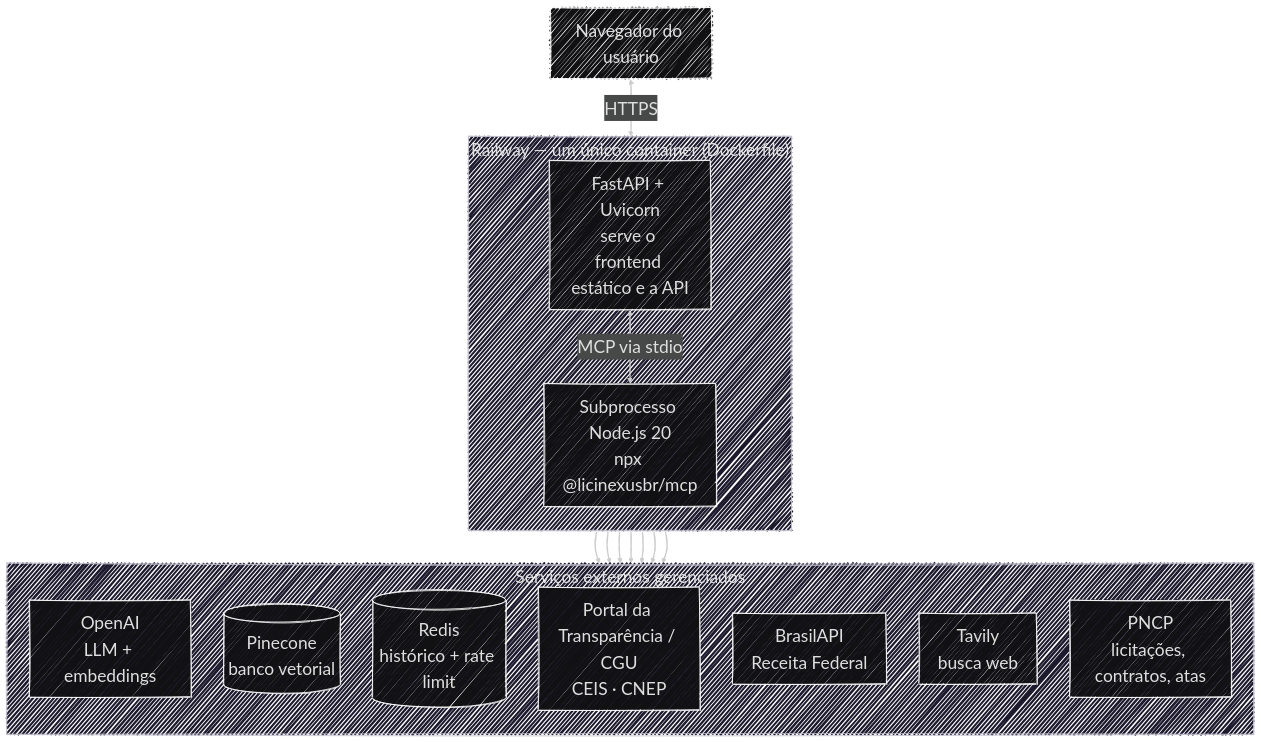
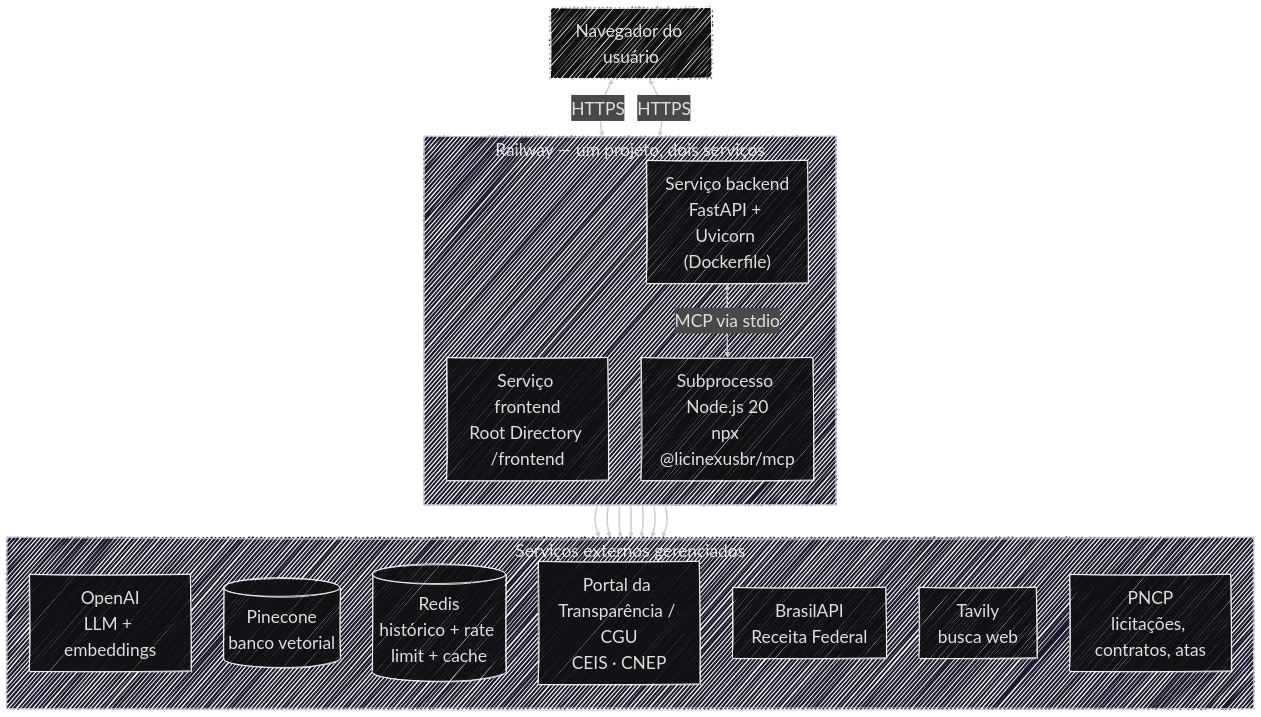
The diagram in docs/operacional/index.md (Moreira-89/auditor-cidadao), drawn with Mermaid before and after one commit. The commit also changed other lines of this file and 19 other files, not shown here.

````diff
--- a/docs/operacional/index.md
+++ b/docs/operacional/index.md
@@ -12,32 +12,34 @@
 ```mermaid
 ---
 config:
   layout: dagre
   theme: redux-dark
   look: handDrawn
   fontFamily: '''Source Code Pro Variable'', monospace'
   themeVariables:
     fontFamily: '''Source Code Pro Variable'', monospace'
     fontSize: '28px'
 ---
 flowchart TB
- subgraph railway["Railway — um único container (Dockerfile)"]
+ subgraph railway["Railway — um projeto, dois serviços"]
     direction TB
-        fastapi["FastAPI + Uvicorn<br>serve o frontend estático e a API"]
+        front["Serviço frontend<br>Root Directory /frontend"]
+        fastapi["Serviço backend<br>FastAPI + Uvicorn (Dockerfile)"]
         mcp["Subprocesso Node.js 20<br>npx @licinexusbr/mcp"]
   end
  subgraph external["Serviços externos gerenciados"]
     direction TB
         openai["OpenAI<br>LLM + embeddings"]
         pinecone[("Pinecone<br>banco vetorial")]
-        redis[("Redis<br>histórico + rate limit")]
+        redis[("Redis<br>histórico + rate limit + cache")]
         cgu["Portal da Transparência / CGU<br>CEIS · CNEP"]
         receita["BrasilAPI<br>Receita Federal"]
         tavily["Tavily<br>busca web"]
         pncp["PNCP<br>licitações, contratos, atas"]
   end
     fastapi <-- MCP via stdio --> mcp
-    browser["Navegador do usuário"] <-- HTTPS --> fastapi
+    browser["Navegador do usuário"] <-- HTTPS --> front
+    browser <-- HTTPS --> fastapi
     fastapi --> openai & pinecone & redis & cgu & receita & tavily
     mcp --> pncp
 ```
````
